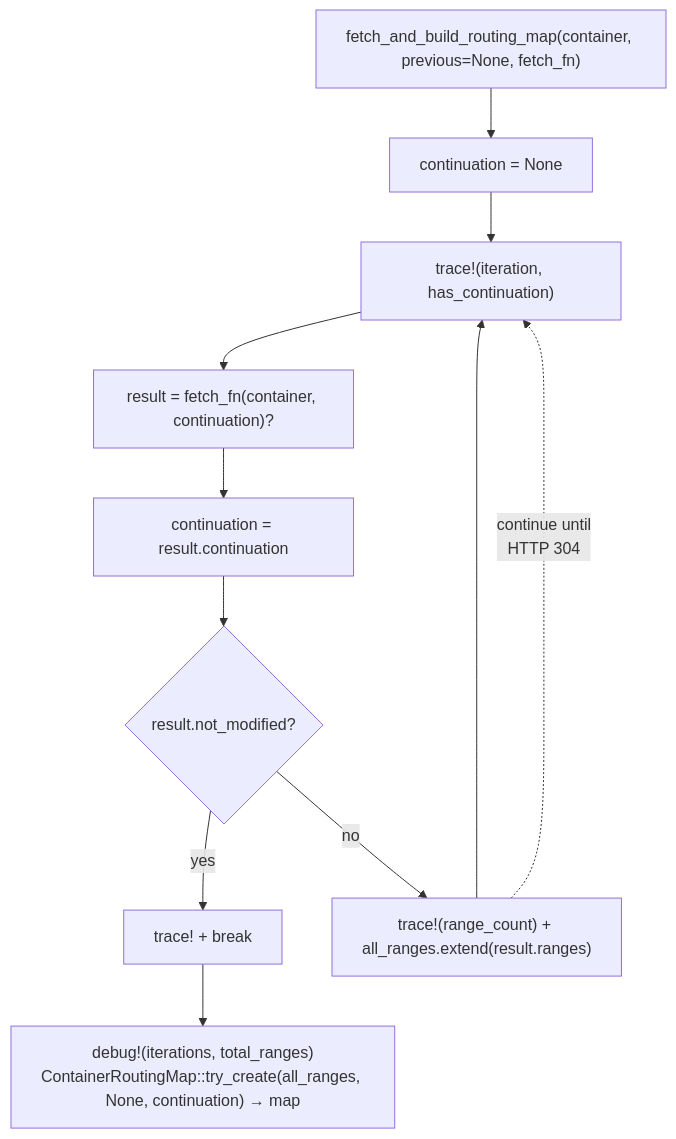
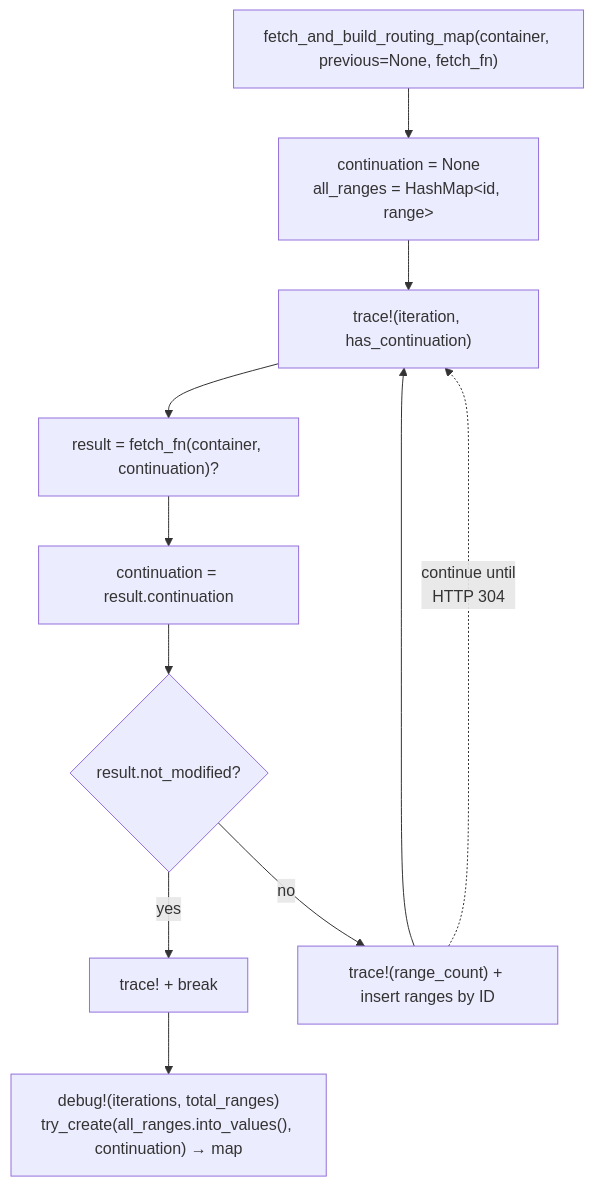
Before and after one commit to Azure/azure-sdk-for-rust: the sixth of 8 diagrams in sdk/cosmos/azure_data_cosmos_driver/docs/PARTITION_KEY_RANGE_CACHE_SPEC.md, drawn with Mermaid. The commit also changed 2 other files, not shown here.

Commit message:
Remove satellite setup dependency
Prepare operation-scope fault-injection tests using only the normal and fault clients they actually exercise, avoiding unrelated westus3 propagation. Run both readiness probes concurrently with bounded attempts under the test timeout.

Update the partition-range cache flowchart to document ID-based deduplication.

Copilot-Session: 9e87128b-58c5-48fc-8f81-65d8177f7986

````diff
--- a/sdk/cosmos/azure_data_cosmos_driver/docs/PARTITION_KEY_RANGE_CACHE_SPEC.md
+++ b/sdk/cosmos/azure_data_cosmos_driver/docs/PARTITION_KEY_RANGE_CACHE_SPEC.md
@@ -360,17 +360,17 @@
 ```mermaid
 flowchart TD
     Start["fetch_and_build_routing_map(container, previous=None, fetch_fn)"]
-    Init["continuation = None"]
+    Init["continuation = None<br/>all_ranges = HashMap&lt;id, range&gt;"]
     Trace1["trace!(iteration, has_continuation)"]
     Fetch["result = fetch_fn(container, continuation)?"]
     Update["continuation = result.continuation"]
     NM{"result.not_modified?"}
     Break["trace! + break"]
-    Extend["trace!(range_count) + all_ranges.extend(result.ranges)"]
-    Done["debug!(iterations, total_ranges)<br/>ContainerRoutingMap::try_create(all_ranges, None, continuation) → map"]
+    Extend["trace!(range_count) + insert ranges by ID"]
+    Done["debug!(iterations, total_ranges)<br/>try_create(all_ranges.into_values(), continuation) → map"]
     Start --> Init --> Trace1
     Trace1 --> Fetch --> Update --> NM
     NM -- yes --> Break --> Done
     NM -- no --> Extend --> Trace1
     Extend -. "continue until<br/>HTTP 304" .-> Trace1
 ```
````
